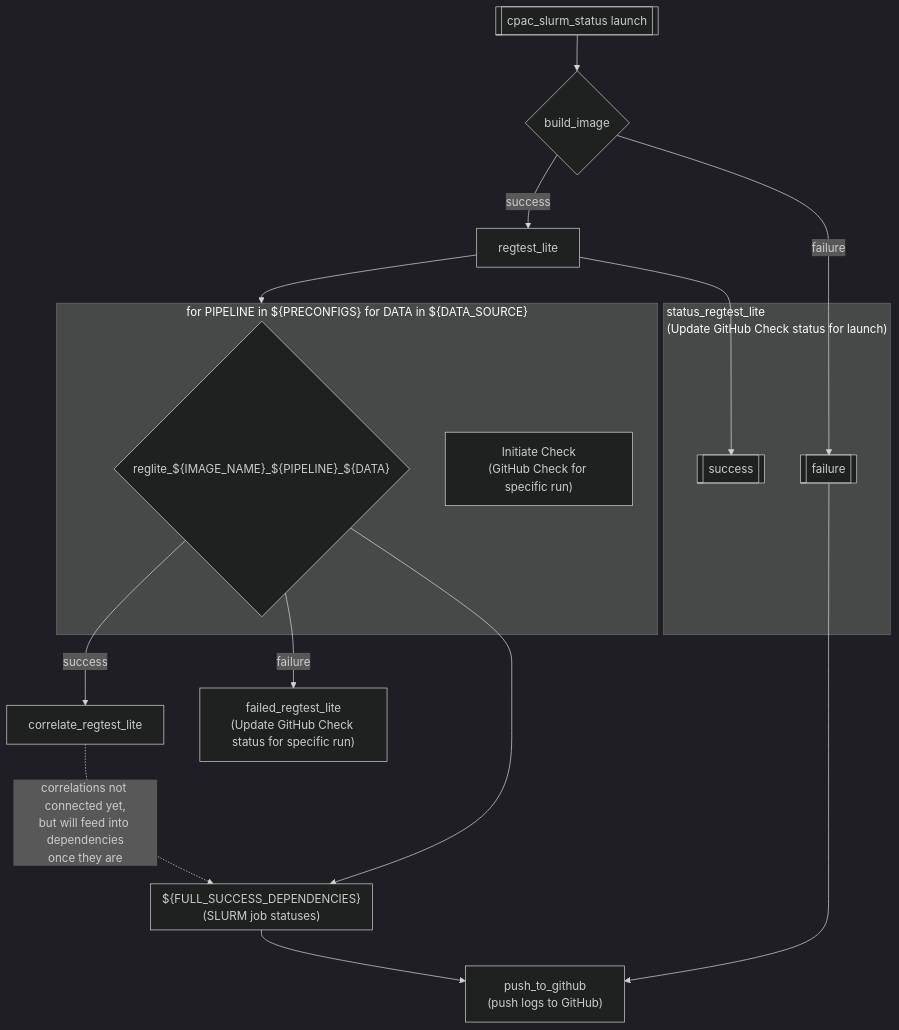
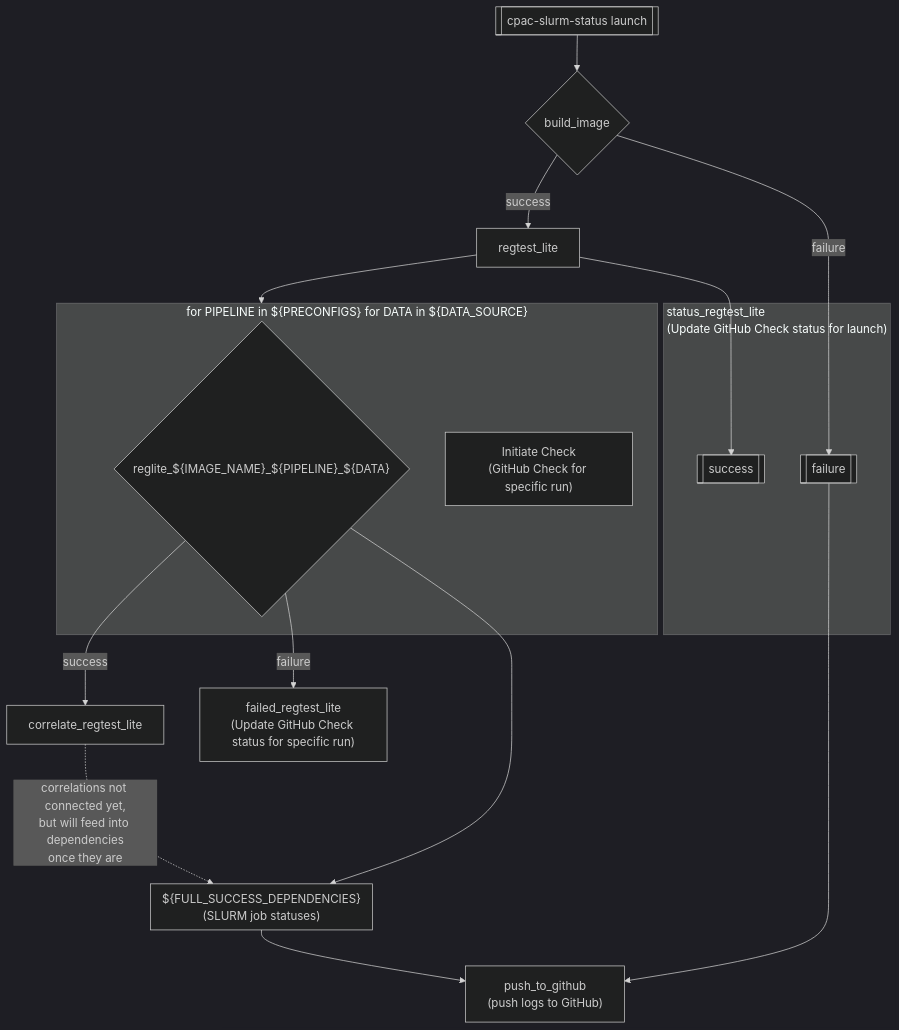
Before and after one commit to childmindresearch/slurm_testing: the diagram in README.md, drawn with Mermaid (dark theme). The commit also changed 3 other files, not shown here.

````diff
--- a/README.md
+++ b/README.md
@@ -56,29 +56,29 @@
 ```mermaid
 graph TB
 
-launch_regtest_lite[[cpac_slurm_status launch]] --> build_image{build_image}
+launch_regtest_lite[[cpac-slurm-status launch]] --> build_image{build_image}
 build_image --"success"--> regtest_lite --> status_regtest_lite_success
 build_image --"failure"--> status_regtest_lite_failure
 regtest_lite --> launch_jobs
 subgraph launch_jobs["for PIPELINE in ${PRECONFIGS} for DATA in ${DATA_SOURCE}"]
   reglite{"reglite_${IMAGE_NAME}_${PIPELINE}_${DATA}"}
   gh_initiate_check["Initiate Check\n(GitHub Check for specific run)"]
 end
 
 subgraph status_regtest_lite["status_regtest_lite\n(Update GitHub Check status for launch)"]
   status_regtest_lite_success[[success]]
   status_regtest_lite_failure[[failure]]
 end
 
 status_regtest_lite_failure --> push_to_github["push_to_github\n(push logs to GitHub)"]
 
 reglite --> FULL_SUCCESS_DEPENDENCIES --> push_to_github
 reglite --"success"--> correlate_regtest_lite
 reglite --"failure"--> failed_regtest_lite["failed_regtest_lite\n(Update GitHub Check status for specific run)"]
 
 correlate_regtest_lite -. "correlations not connected yet,\nbut will feed into dependencies\nonce they are" .-> FULL_SUCCESS_DEPENDENCIES
 
 subgraph FULL_SUCCESS_DEPENDENCIES["${FULL_SUCCESS_DEPENDENCIES}\n(SLURM job statuses)"]
 
 end
 ```
````
